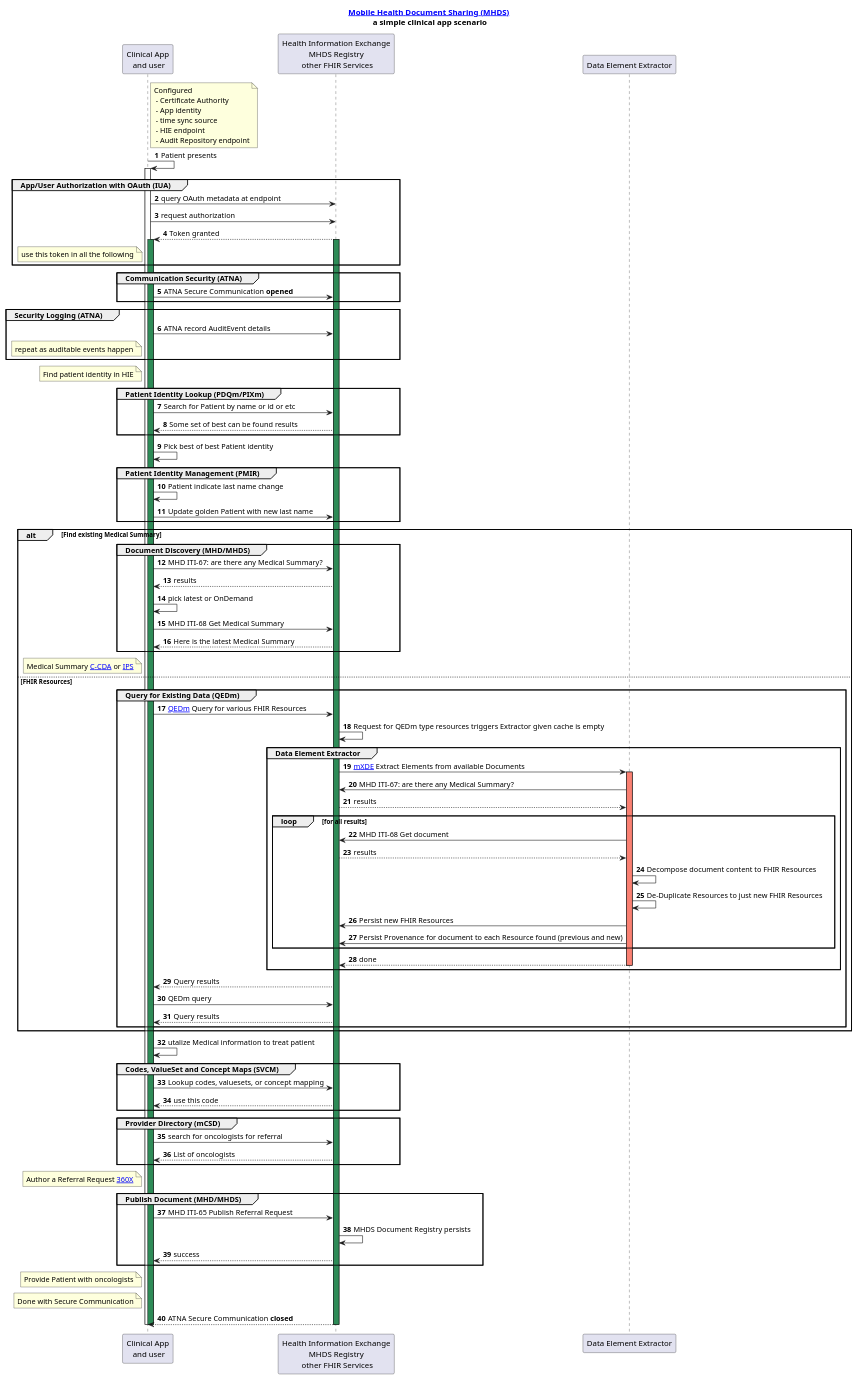
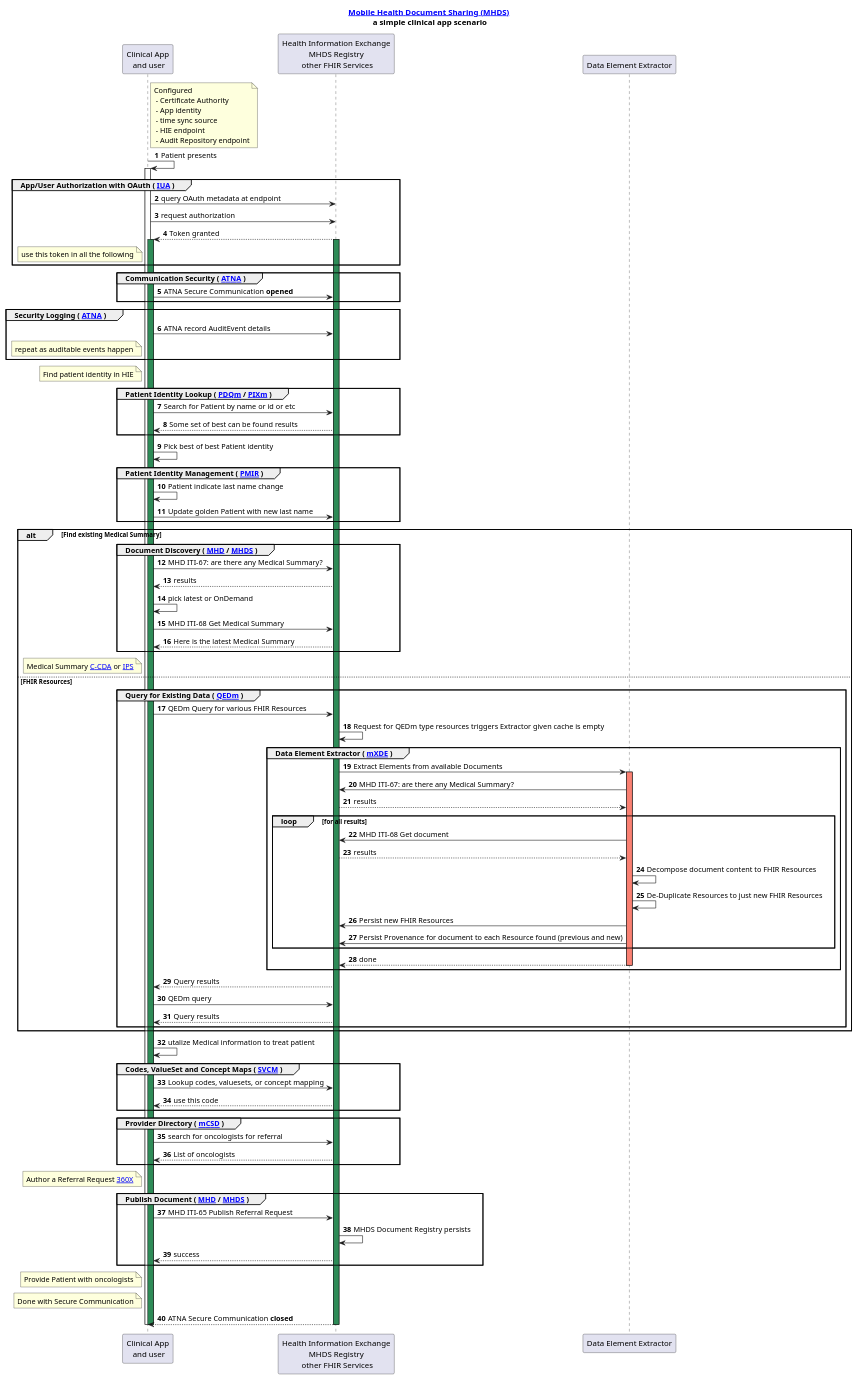
Before and after one commit to JohnMoehrke/MHDS-flow: the diagram in input/images-source/usecase-mhds-processflow.plantuml, drawn with PlantUML. The commit also changed 4 other files, not shown here.

Commit message:
update to MHDS-flow

```diff
--- a/input/images-source/usecase-mhds-processflow.plantuml
+++ b/input/images-source/usecase-mhds-processflow.plantuml
@@ -1,115 +1,115 @@
 @startuml
 skinparam svgDimensionStyle false
 title [[https://profiles.ihe.net/ITI/MHDS/index.html Mobile Health Document Sharing (MHDS)]]\n a simple clinical app scenario
 participant "Clinical App\n and user" as App
 participant "Health Information Exchange\nMHDS Registry\n other FHIR Services" as HIE [[https://profiles.ihe.net/ITI/HIE-Whitepaper/index.html HIE-Whitepaper]]
 autonumber
 Note right of App: Configured \n - Certificate Authority\n - App identity\n - time sync source\n - HIE endpoint\n - Audit Repository endpoint
 
 App -> App: Patient presents
 activate App
 
-group App/User Authorization with OAuth (IUA)
+group App/User Authorization with OAuth ( [[https://profiles.ihe.net/ITI/IUA/index.html IUA]] )
 App -> HIE: query OAuth metadata at endpoint
 App -> HIE: request authorization 
 App <-- HIE: Token granted
 Note left of App: use this token in all the following 
 activate App #SeaGreen
 activate HIE #SeaGreen
 end group
 
-group Communication Security (ATNA)
+group Communication Security ( [[https://profiles.ihe.net/ITI/TF/Volume1/ch-9.html ATNA]] )
 App -> HIE: ATNA Secure Communication **opened**
 end group
 
-group Security Logging (ATNA)
+group Security Logging ( [[https://profiles.ihe.net/ITI/TF/Volume1/ch-9.html ATNA]] )
 App -> HIE: ATNA record AuditEvent details
 Note left of App: repeat as auditable events happen
 end group
 
 Note left of App: Find patient identity in HIE
-group Patient Identity Lookup (PDQm/PIXm)
+group Patient Identity Lookup ( [[https://profiles.ihe.net/ITI/PIXm/index.html PDQm]] / [[https://profiles.ihe.net/ITI/PIXm/index.html PIXm]] )
 App -> HIE: Search for Patient by name or id or etc
 App <-- HIE: Some set of best can be found results
 end group
 
 App -> App: Pick best of best Patient identity
 
-group Patient Identity Management (PMIR) 
+group Patient Identity Management ( [[https://profiles.ihe.net/ITI/PMIR/index.html PMIR]] ) 
 App -> App: Patient indicate last name change
 App -> HIE: Update golden Patient with new last name
 end group
 
 alt Find existing Medical Summary
-    group Document Discovery (MHD/MHDS)
+    group Document Discovery ( [[https://profiles.ihe.net/ITI/MHD/index.html MHD]] / [[https://profiles.ihe.net/ITI/MHDS/index.html MHDS]] )
     App -> HIE: MHD ITI-67: are there any Medical Summary?
     App <-- HIE: results
 
     App -> App: pick latest or OnDemand 
 
     App -> HIE: MHD ITI-68 Get Medical Summary
     App <-- HIE: Here is the latest Medical Summary
     end group
 
     Note left of App: Medical Summary [[https://www.hl7.org/ccdasearch/ C-CDA]] or [[https://hl7.org/fhir/uv/ips/ IPS]]
 
 else FHIR Resources
-    group Query for Existing Data (QEDm)
+    group Query for Existing Data ( [[https://www.ihe.net/uploadedFiles/Documents/PCC/IHE_PCC_Suppl_QEDm.pdf QEDm]] )
     participant "Data Element Extractor" as Extractor
-    App -> HIE: [[https://www.ihe.net/uploadedFiles/Documents/PCC/IHE_PCC_Suppl_QEDm.pdf QEDm]] Query for various FHIR Resources
+    App -> HIE: QEDm Query for various FHIR Resources
     HIE -> HIE: Request for QEDm type resources triggers Extractor given cache is empty
-    group Data Element Extractor
-    HIE-> Extractor : [[https://www.ihe.net/uploadedFiles/Documents/ITI/IHE_ITI_Suppl_mXDE.pdf mXDE]] Extract Elements from available Documents
+    group Data Element Extractor ( [[https://www.ihe.net/uploadedFiles/Documents/ITI/IHE_ITI_Suppl_mXDE.pdf mXDE]] )
+    HIE-> Extractor :  Extract Elements from available Documents
     activate Extractor #Salmon
     Extractor -> HIE: MHD ITI-67: are there any Medical Summary?
     Extractor <-- HIE: results
     loop for all results
     Extractor -> HIE: MHD ITI-68 Get document
     Extractor <-- HIE: results
     Extractor -> Extractor: Decompose document content to FHIR Resources
     Extractor -> Extractor: De-Duplicate Resources to just new FHIR Resources
     Extractor -> HIE: Persist new FHIR Resources
     Extractor -> HIE: Persist Provenance for document to each Resource found (previous and new)
     end loop
     HIE <-- Extractor : done
     deactivate Extractor
     end group
 
     App <-- HIE: Query results
     App -> HIE: QEDm query
     App <-- HIE: Query results
     end group
 end
 
     App -> App: utalize Medical information to treat patient
 
-group Codes, ValueSet and Concept Maps (SVCM) 
+group Codes, ValueSet and Concept Maps ( [[https://profiles.ihe.net/ITI/SVCM/index.html SVCM]] ) 
 App -> HIE: Lookup codes, valuesets, or concept mapping
 App <-- HIE: use this code
 end group
 
-group Provider Directory (mCSD) 
+group Provider Directory ( [[https://profiles.ihe.net/ITI/mCSD/index.html mCSD]] ) 
 App -> HIE: search for oncologists for referral
 App <--  HIE: List of oncologists 
 end group 
 
 Note left of App: Author a Referral Request [[https://www.ihe.net/uploadedFiles/Documents/PCC/IHE_PCC_Suppl_360X.pdf 360X]]
 
-group Publish Document (MHD/MHDS)
+group Publish Document ( [[https://profiles.ihe.net/ITI/MHD/index.html MHD]] / [[https://profiles.ihe.net/ITI/MHDS/index.html MHDS]] )
 App -> HIE: MHD ITI-65 Publish Referral Request 
 HIE->HIE: MHDS Document Registry persists
 App <-- HIE: success
 end group
 
 Note left of App: Provide Patient with oncologists 
 
 Note Left of App: Done with Secure Communication
 App <-- HIE: ATNA Secure Communication **closed**
 deactivate App
 deactivate HIE
 
 
 deactivate App
 
 
 @enduml
```
